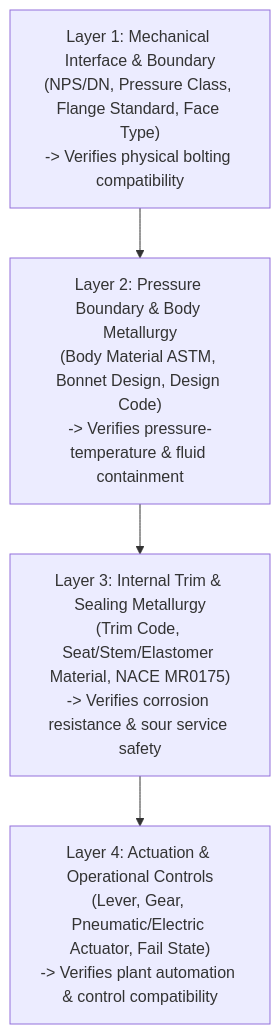
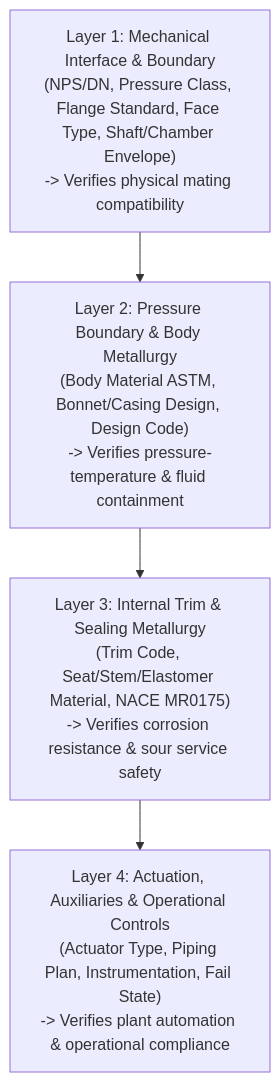
Before and after one commit to AliAhmed2007/ICX: the first of 7 diagrams in README.md, drawn with Mermaid. The commit also changed other lines of this file, not shown here.

````diff
--- a/README.md
+++ b/README.md
@@ -81,11 +81,11 @@
 ```mermaid
 flowchart TD
-    L1["Layer 1: Mechanical Interface & Boundary\n(NPS/DN, Pressure Class, Flange Standard, Face Type)\n-> Verifies physical bolting compatibility"]
-    L2["Layer 2: Pressure Boundary & Body Metallurgy\n(Body Material ASTM, Bonnet Design, Design Code)\n-> Verifies pressure-temperature & fluid containment"]
+    L1["Layer 1: Mechanical Interface & Boundary\n(NPS/DN, Pressure Class, Flange Standard, Face Type, Shaft/Chamber Envelope)\n-> Verifies physical mating compatibility"]
+    L2["Layer 2: Pressure Boundary & Body Metallurgy\n(Body Material ASTM, Bonnet/Casing Design, Design Code)\n-> Verifies pressure-temperature & fluid containment"]
     L3["Layer 3: Internal Trim & Sealing Metallurgy\n(Trim Code, Seat/Stem/Elastomer Material, NACE MR0175)\n-> Verifies corrosion resistance & sour service safety"]
-    L4["Layer 4: Actuation & Operational Controls\n(Lever, Gear, Pneumatic/Electric Actuator, Fail State)\n-> Verifies plant automation & control compatibility"]
+    L4["Layer 4: Actuation, Auxiliaries & Operational Controls\n(Actuator Type, Piping Plan, Instrumentation, Fail State)\n-> Verifies plant automation & operational compliance"]
 
     L1 --> L2
     L2 --> L3
     L3 --> L4
 ```
````
